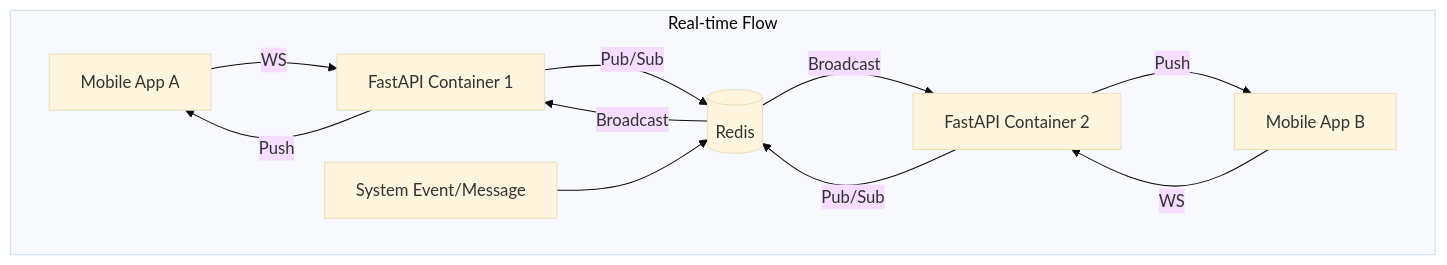
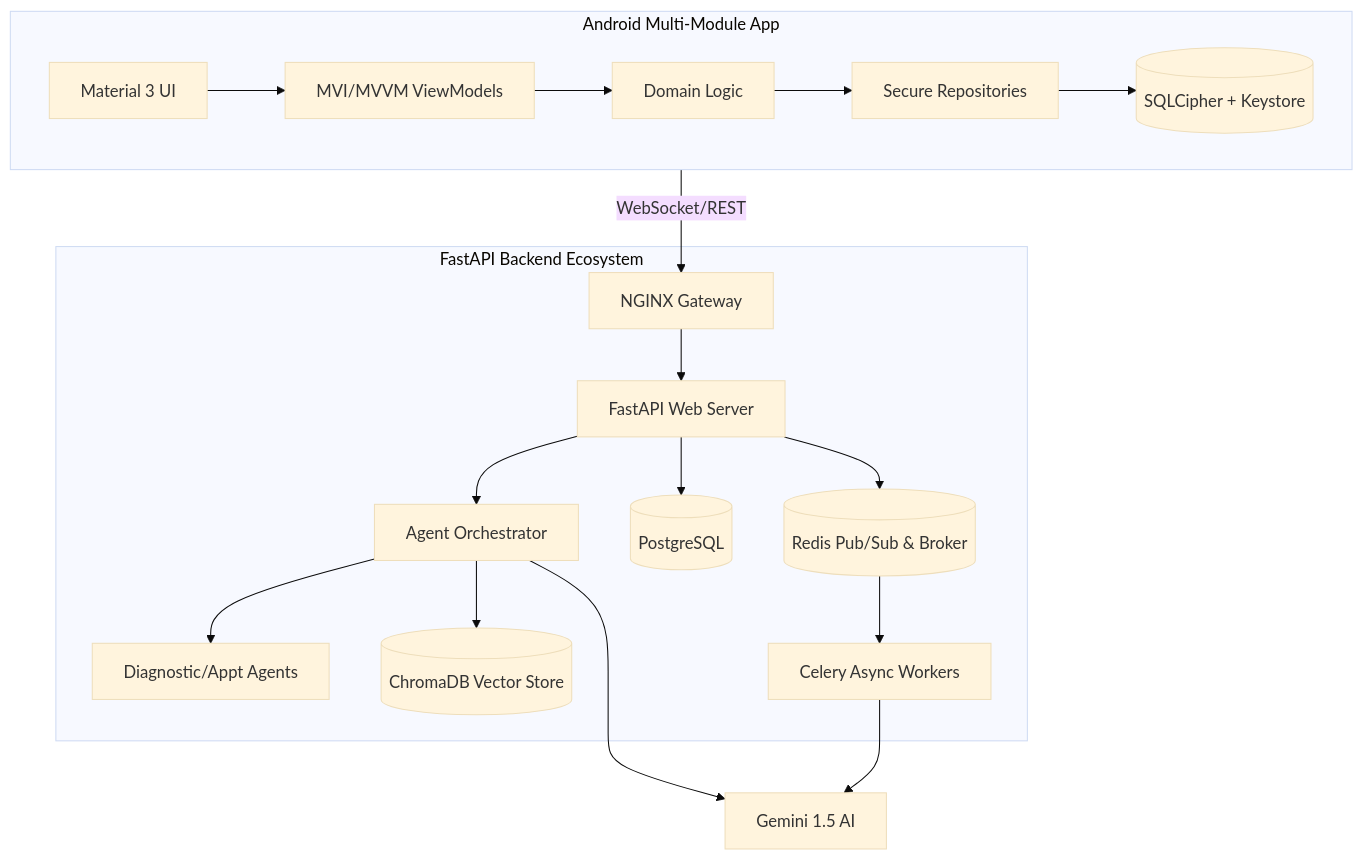
One commit to KotlinFiroj/Ai-HealthCare-App changed the diagram in .artifacts/4dc8775b-7ddf-49a0-b4e6-8fda79cbdfec/implementation_plan.artifact.md. Above: the diagram before and after it, drawn with Mermaid (base theme). The commit also changed other lines of this file and 11 other files, not shown here.

````diff
--- a/.artifacts/4dc8775b-7ddf-49a0-b4e6-8fda79cbdfec/implementation_plan.artifact.md
+++ b/.artifacts/4dc8775b-7ddf-49a0-b4e6-8fda79cbdfec/implementation_plan.artifact.md
@@ -47,16 +47,24 @@
 ```mermaid
 graph TD
-    User1[Mobile App A] --WS--> API[FastAPI Container 1]
-    User2[Mobile App B] --WS--> API2[FastAPI Container 2]
+    subgraph Mobile_App[Android Multi-Module App]
+        UI[Material 3 UI] --> VM[MVI/MVVM ViewModels]
+        VM --> UseCase[Domain Logic]
+        UseCase --> Repo[Secure Repositories]
+        Repo --> SQLCipher[(SQLCipher + Keystore)]
+    end
 
-    API --Pub/Sub--> Redis[(Redis)]
-    API2 --Pub/Sub--> Redis
+    Mobile_App --WebSocket/REST--> Nginx[NGINX Gateway]
 
-    subgraph Real-time Flow
-        Event[System Event/Message] --> Redis
-        Redis -->|Broadcast| API
-        Redis -->|Broadcast| API2
-        API -->|Push| User1
-        API2 -->|Push| User2
+    subgraph Backend_Cloud[FastAPI Backend Ecosystem]
+        Nginx --> API[FastAPI Web Server]
+        API --> Orchestrator[Agent Orchestrator]
+        Orchestrator --> Specialists[Diagnostic/Appt Agents]
+        API --> PG[(PostgreSQL)]
+        Orchestrator --> Chroma[(ChromaDB Vector Store)]
+        API --> Redis[(Redis Pub/Sub & Broker)]
+        Redis --> Worker[Celery Async Workers]
     end
+
+    Worker --> Gemini[Gemini 1.5 AI]
+    Orchestrator --> Gemini
 ```
````
